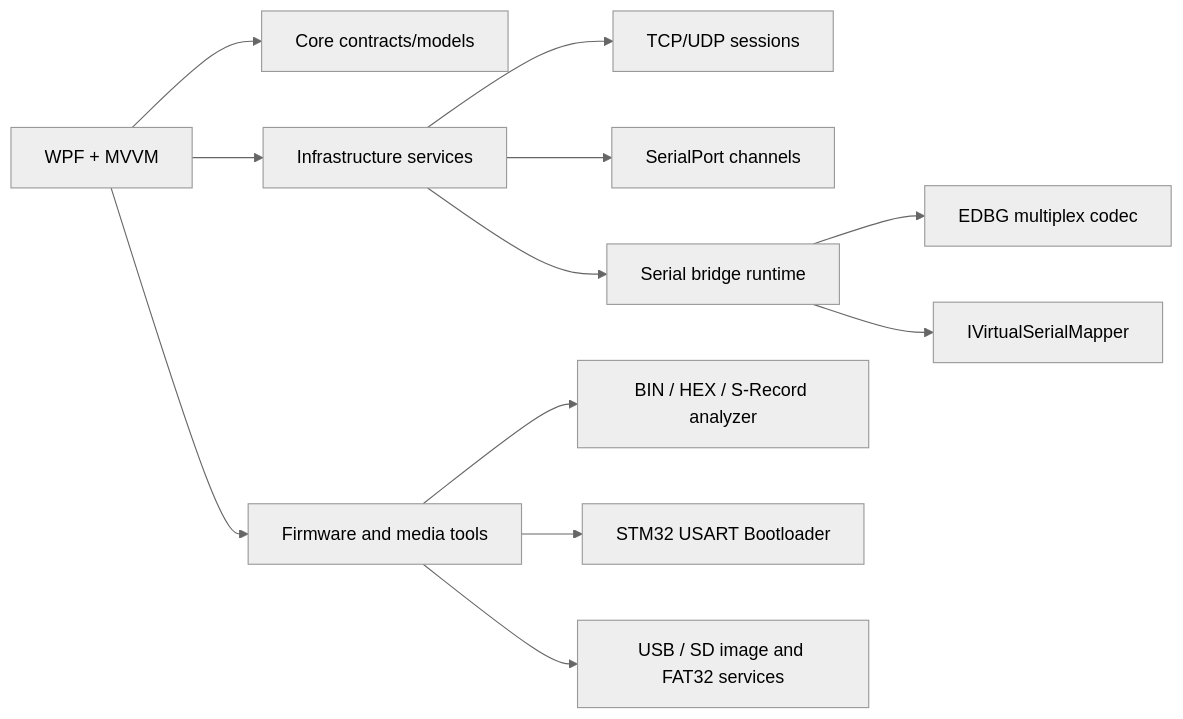
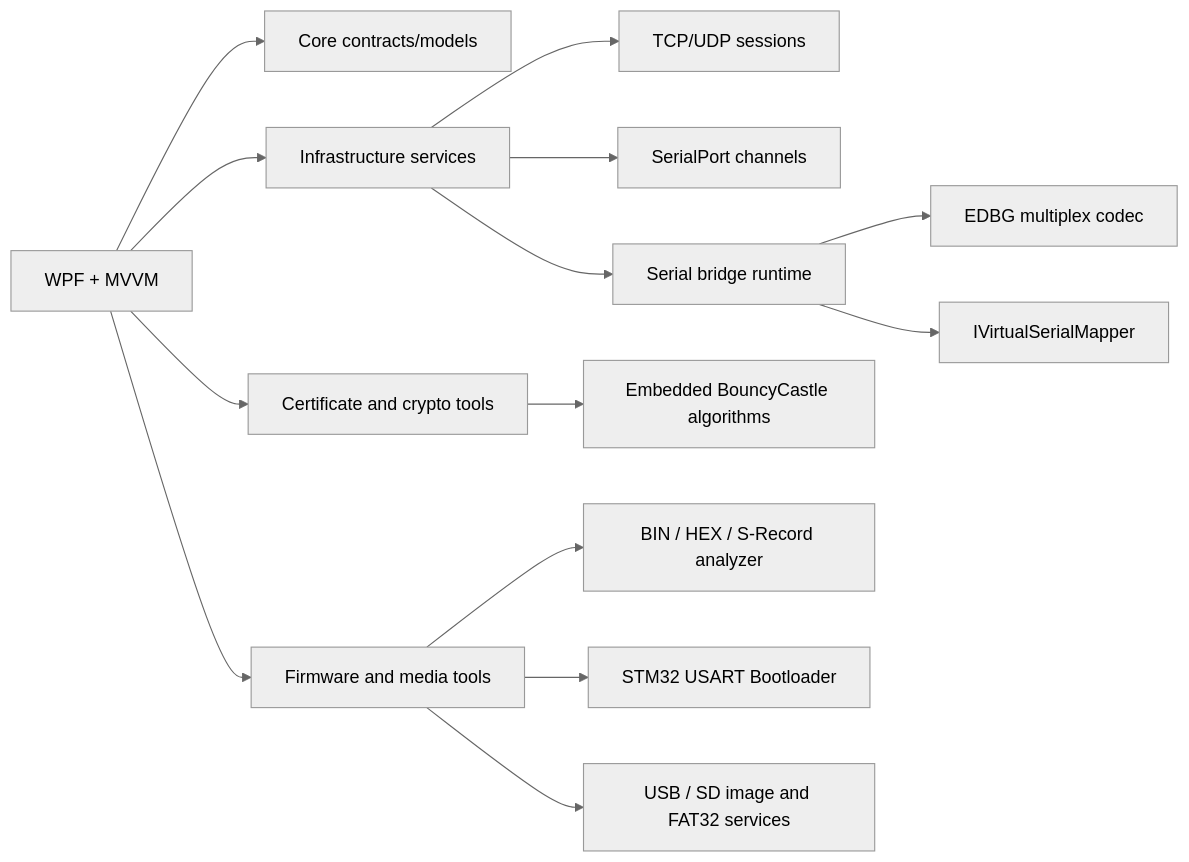
One commit to Daofengql/EmbedDesk changed the diagram in docs/Architecture.md. Above: the diagram before and after it, drawn with Mermaid (neutral theme). The commit also changed other lines of this file and 6 other files, not shown here.

Commit message:
feat: add certificate and cryptography tools

````diff
--- a/docs/Architecture.md
+++ b/docs/Architecture.md
@@ -3,14 +3,16 @@
 ```mermaid
 flowchart LR
   UI[WPF + MVVM] --> Core[Core contracts/models]
   UI --> Infra[Infrastructure services]
   Infra --> Net[TCP/UDP sessions]
   Infra --> Serial[SerialPort channels]
   Infra --> Bridge[Serial bridge runtime]
   Bridge --> Proto[EDBG multiplex codec]
   Bridge --> Driver[IVirtualSerialMapper]
   UI --> Firmware[Firmware and media tools]
+  UI --> Security[Certificate and crypto tools]
+  Security --> BouncyCastle[Embedded BouncyCastle algorithms]
   Firmware --> Images[BIN / HEX / S-Record analyzer]
   Firmware --> STM32[STM32 USART Bootloader]
   Firmware --> Media[USB / SD image and FAT32 services]
 ```
````
